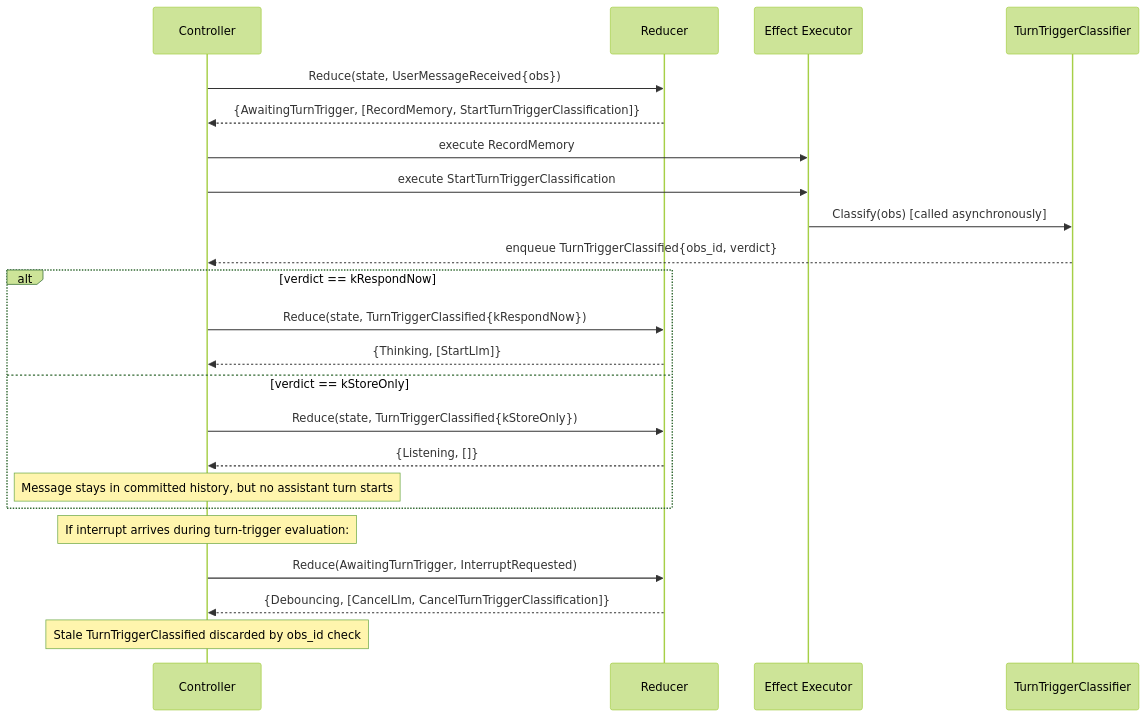
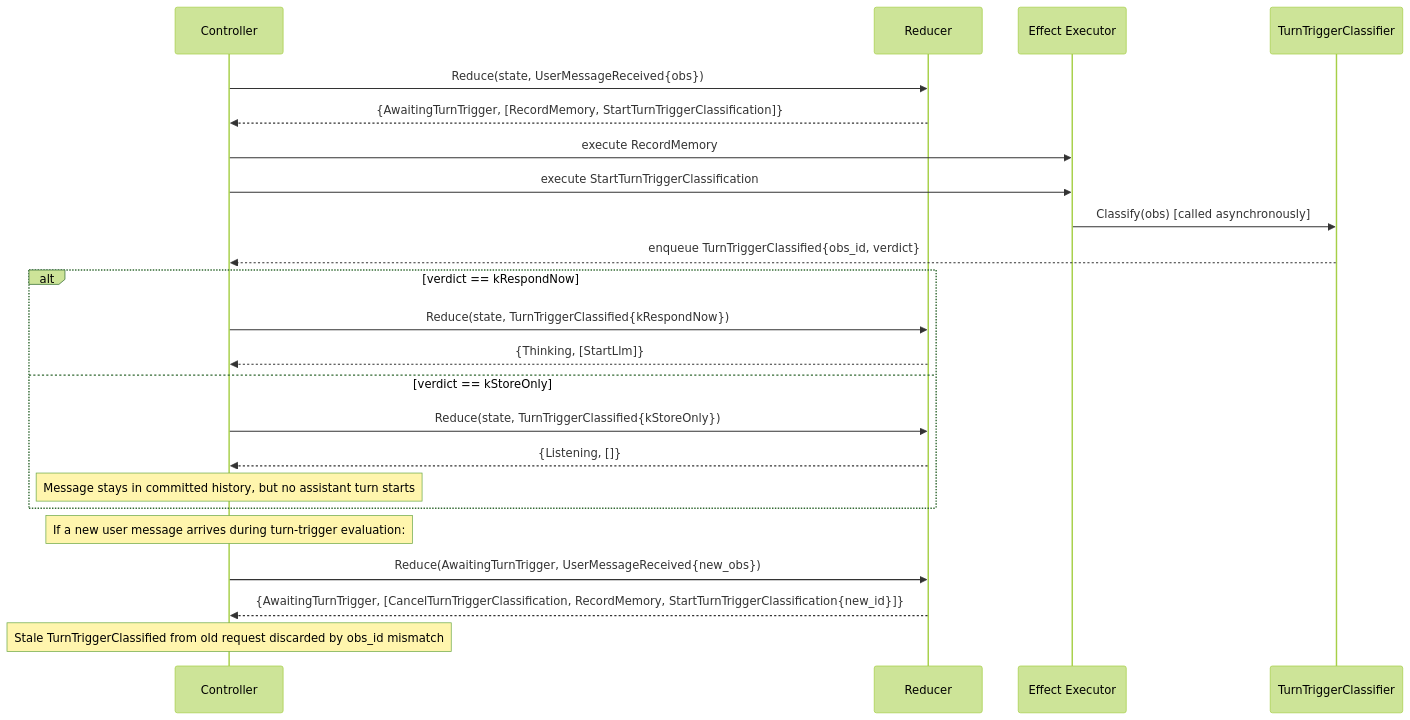
One commit to clayicarus/shizuru changed the fifth of 6 diagrams in .kiro/specs/dialogue-kernel-phase2/design.md. Above: the diagram before and after it, drawn with Mermaid (forest theme). The commit also changed other lines of this file and 10 other files, not shown here.

````diff
--- a/.kiro/specs/dialogue-kernel-phase2/design.md
+++ b/.kiro/specs/dialogue-kernel-phase2/design.md
@@ -173,28 +173,28 @@
 ```mermaid
 sequenceDiagram
     participant C as Controller
     participant R as Reducer
     participant EX as Effect Executor
     participant F as TurnTriggerClassifier
 
     C->>R: Reduce(state, UserMessageReceived{obs})
     R-->>C: {AwaitingTurnTrigger, [RecordMemory, StartTurnTriggerClassification]}
     C->>EX: execute RecordMemory
     C->>EX: execute StartTurnTriggerClassification
     EX->>F: Classify(obs) [called asynchronously]
     F-->>C: enqueue TurnTriggerClassified{obs_id, verdict}
 
     alt verdict == kRespondNow
         C->>R: Reduce(state, TurnTriggerClassified{kRespondNow})
         R-->>C: {Thinking, [StartLlm]}
     else verdict == kStoreOnly
         C->>R: Reduce(state, TurnTriggerClassified{kStoreOnly})
         R-->>C: {Listening, []}
         Note over C: Message stays in committed history, but no assistant turn starts
     end
 
-    Note over C: If interrupt arrives during turn-trigger evaluation:
-    C->>R: Reduce(AwaitingTurnTrigger, InterruptRequested)
-    R-->>C: {Debouncing, [CancelLlm, CancelTurnTriggerClassification]}
-    Note over C: Stale TurnTriggerClassified discarded by obs_id check
+    Note over C: If a new user message arrives during turn-trigger evaluation:
+    C->>R: Reduce(AwaitingTurnTrigger, UserMessageReceived{new_obs})
+    R-->>C: {AwaitingTurnTrigger, [CancelTurnTriggerClassification, RecordMemory, StartTurnTriggerClassification{new_id}]}
+    Note over C: Stale TurnTriggerClassified from old request discarded by obs_id mismatch
 ```
````
